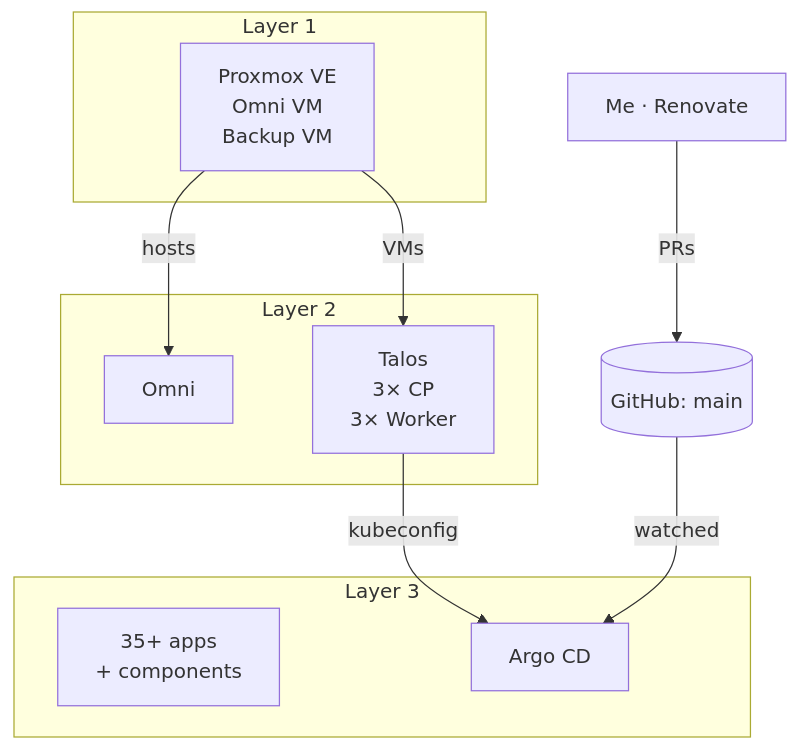
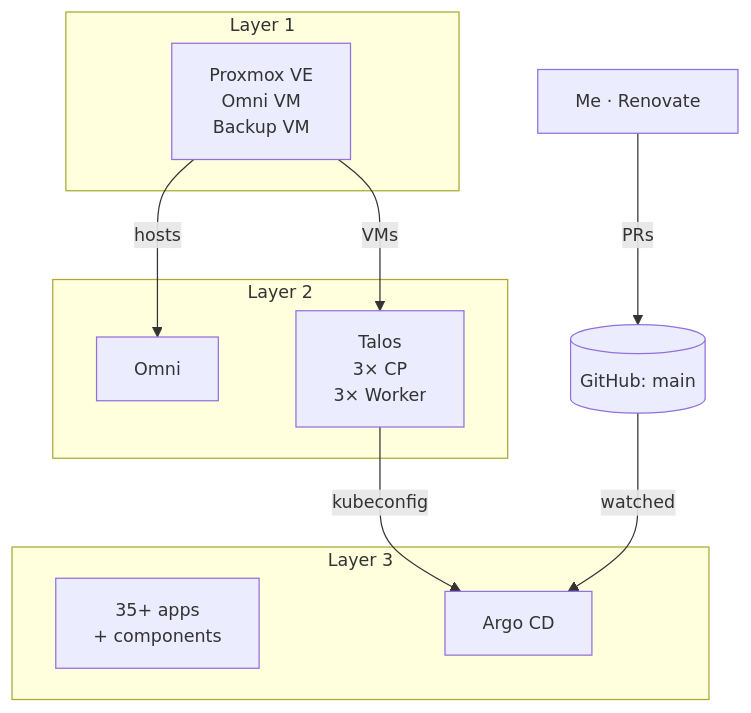
One commit to alexander-zimmermann/lares changed the first of 2 diagrams in README.md. Above: the diagram before and after it, drawn with Mermaid. The commit also changed other lines of this file, not shown here.

First line of the commit message:
docs(readme): same 14 px text in both diagrams

````diff
--- a/README.md
+++ b/README.md
@@ -92,24 +92,26 @@
 ```mermaid
 ---
 config:
   layout: dagre
+  themeVariables:
+    fontSize: 14px
 ---
 flowchart TB
     subgraph L1["Layer 1"]
         pve[Proxmox VE<br/>Omni VM<br/>Backup VM]
     end
     subgraph L2["Layer 2"]
         omni[Omni]
         talos[Talos<br/>3× CP<br/>3× Worker]
     end
     subgraph L3["Layer 3"]
         apps[35+ apps<br/>+ components]
         argo[Argo CD]
     end
     pve -- hosts --> omni
     pve -- VMs --> talos
     talos -- kubeconfig --> argo
     omni ~~~ apps
     dev[Me · Renovate] -- PRs --> repo[(GitHub: main)]
     repo -- watched --> argo
 ```
````
